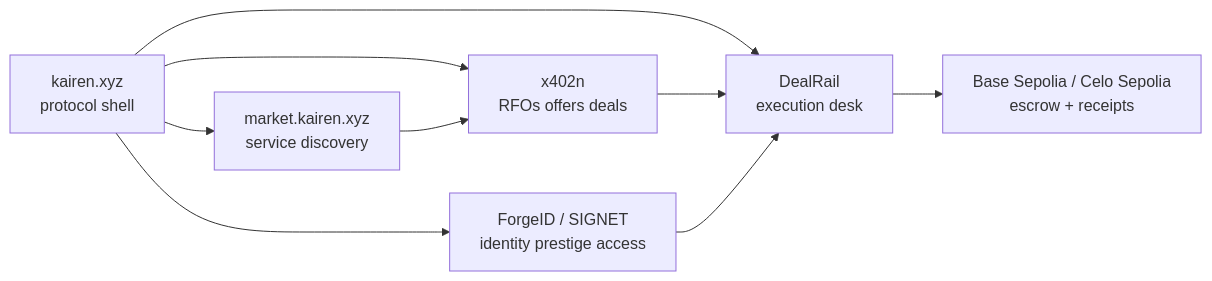
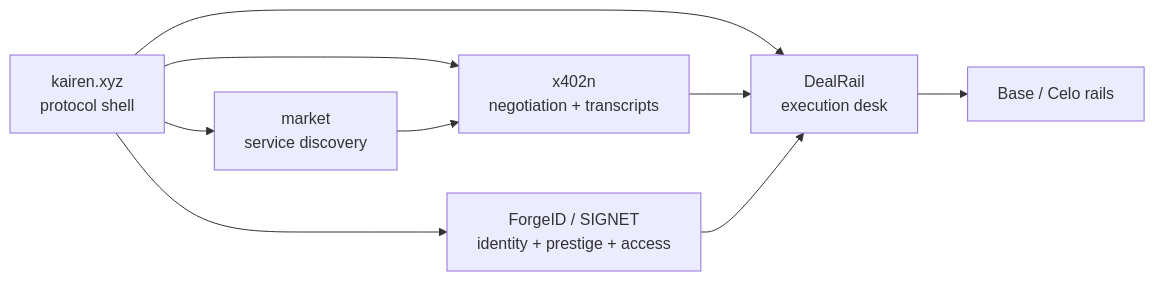
The diagram in docs/submission/07_ROADMAP.md (Kairen-Protocol/kairen-dealrail), drawn with Mermaid before and after one commit. The commit also changed other lines of this file and 4 other files, not shown here.

````diff
--- a/docs/submission/07_ROADMAP.md
+++ b/docs/submission/07_ROADMAP.md
@@ -18,19 +20,18 @@
 ```mermaid
 flowchart LR
   SITE[kairen.xyz<br/>protocol shell]
-  MARKET[market.kairen.xyz<br/>service discovery]
-  X402[x402n<br/>RFOs offers deals]
+  MARKET[market<br/>service discovery]
+  X402[x402n<br/>negotiation + transcripts]
   DEAL[DealRail<br/>execution desk]
-  ID[ForgeID / SIGNET<br/>identity prestige access]
-  CHAIN[Base Sepolia / Celo Sepolia<br/>escrow + receipts]
+  ID[ForgeID / SIGNET<br/>identity + prestige + access]
+  CHAIN[Base / Celo rails]
 
   SITE --> MARKET
   SITE --> X402
   SITE --> DEAL
   SITE --> ID
-
   MARKET --> X402
   X402 --> DEAL
   ID --> DEAL
   DEAL --> CHAIN
 ```
````
